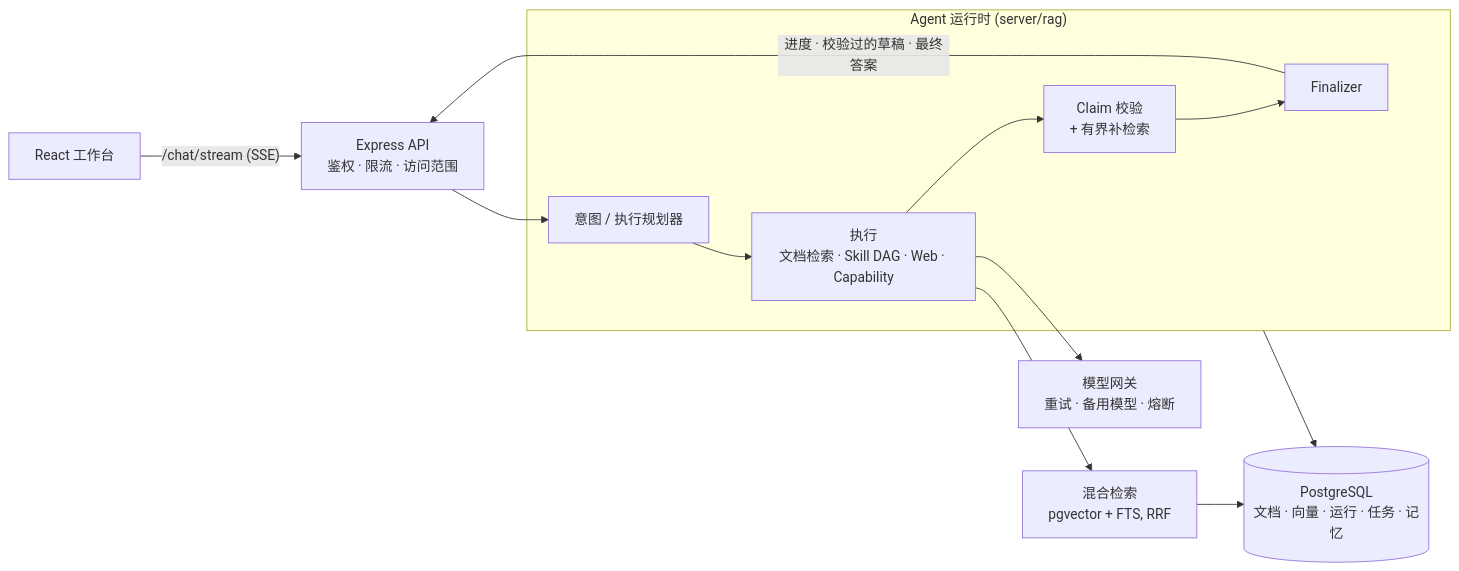
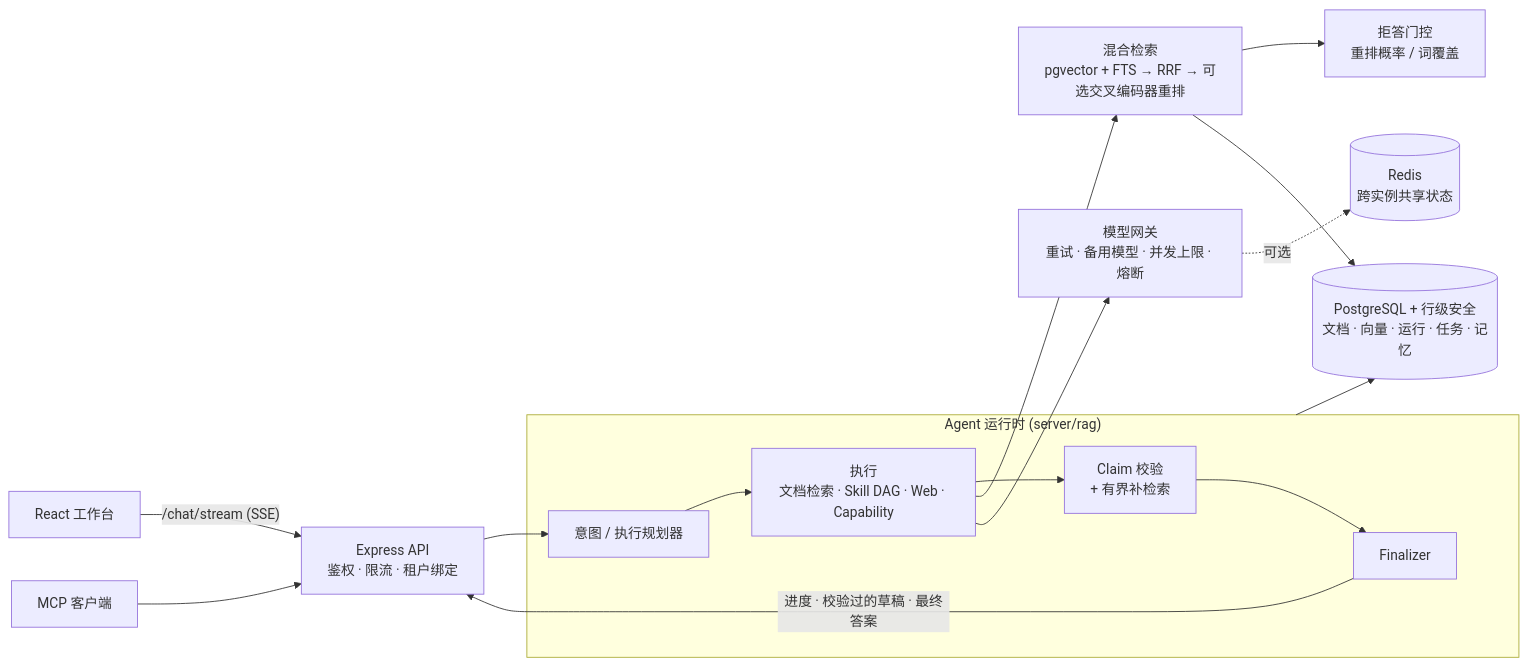
The diagram in README.md (luc1ferxx/Luc1ferxx_Archive_RAG), drawn with Mermaid before and after one commit. The commit also changed other lines of this file and 23 other files, not shown here.

````diff
--- a/README.md
+++ b/README.md
@@ -38,17 +49,20 @@
 ```mermaid
 flowchart LR
-  UI["React 工作台"] -->|"/chat/stream (SSE)"| API["Express API<br/>鉴权 · 限流 · 访问范围"]
+  UI["React 工作台"] -->|"/chat/stream (SSE)"| API["Express API<br/>鉴权 · 限流 · 租户绑定"]
+  MCP["MCP 客户端"] --> API
   API --> Plan
 
   subgraph Agent["Agent 运行时 (server/rag)"]
     Plan["意图 / 执行规划器"] --> Exec["执行<br/>文档检索 · Skill DAG · Web · Capability"]
     Exec --> Check["Claim 校验<br/>+ 有界补检索"]
     Check --> Final["Finalizer"]
   end
 
-  Exec --> Gateway["模型网关<br/>重试 · 备用模型 · 熔断"]
-  Exec --> Retrieval["混合检索<br/>pgvector + FTS, RRF"]
+  Exec --> Retrieval["混合检索<br/>pgvector + FTS → RRF → 可选交叉编码器重排"]
+  Retrieval --> Gate["拒答门控<br/>重排概率 / 词覆盖"]
+  Exec --> Gateway["模型网关<br/>重试 · 备用模型 · 并发上限 · 熔断"]
+  Gateway -.->|可选| Redis[("Redis<br/>跨实例共享状态")]
   Final -->|"进度 · 校验过的草稿 · 最终答案"| API
-  Agent --> PG[("PostgreSQL<br/>文档 · 向量 · 运行 · 任务 · 记忆")]
+  Agent --> PG[("PostgreSQL + 行级安全<br/>文档 · 向量 · 运行 · 任务 · 记忆")]
   Retrieval --> PG
 ```
````
